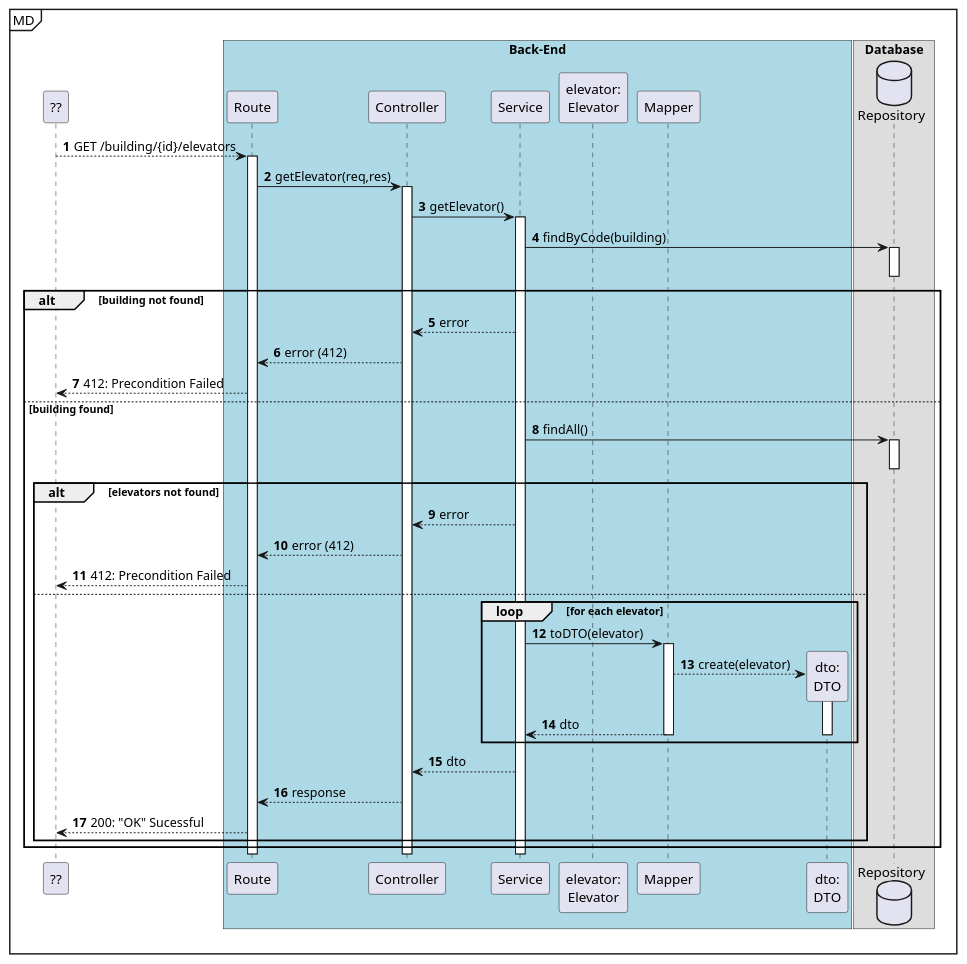
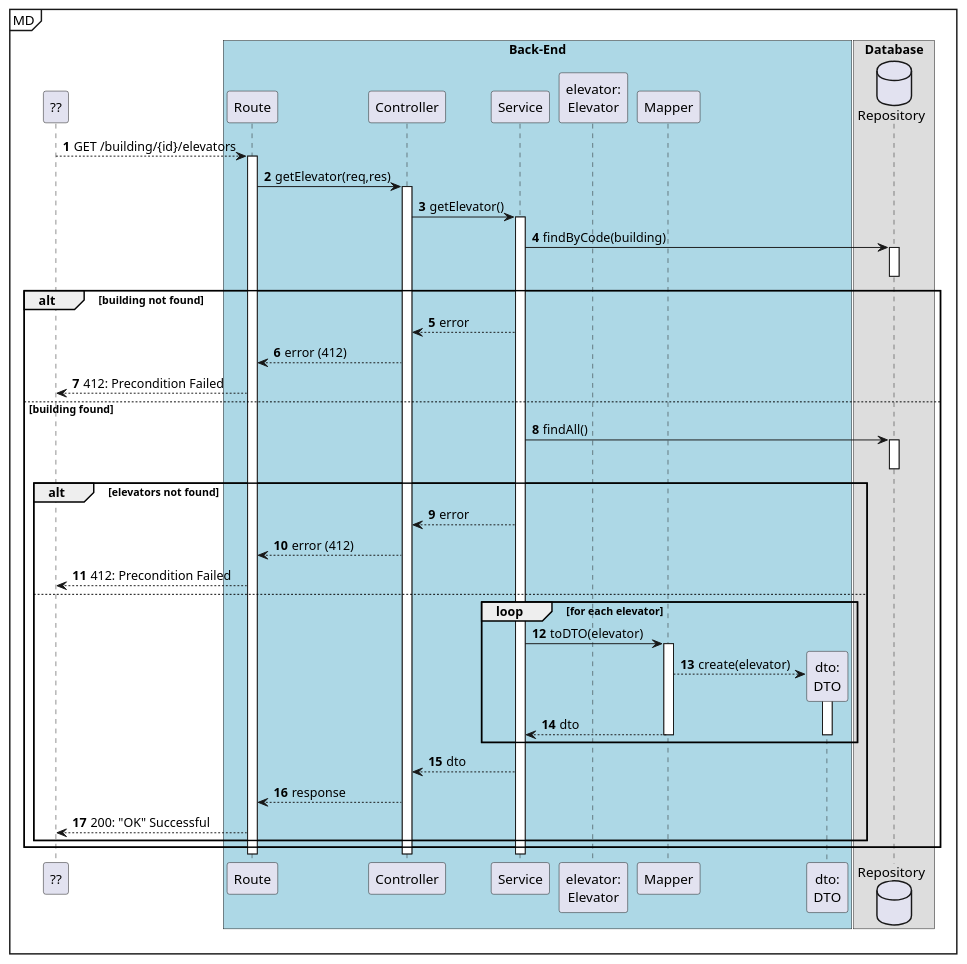
One commit to Departamento-de-Engenharia-Informatica/lapr5-23-24-g19 changed the diagram in docs/us290/level3/process-view.puml. Above: the diagram before and after it, drawn with PlantUML. The commit also changed 6 other files, not shown here.

Commit message:
docs(us280,290): lvl1,lvl2,lvl3, class diagram and view-processes updated

```diff
--- a/docs/us290/level3/process-view.puml
+++ b/docs/us290/level3/process-view.puml
@@ -1,68 +1,68 @@
 @startuml
 autonumber
 
 participant "??" as ui
 
 mainframe MD
 box "Back-End" #LightBlue
 participant "Route" as r
 participant "Controller" as ctrl
 participant "Service" as svc
 
 participant "elevator:\nElevator" as floor
 participant "Mapper" as map
 participant "dto:\nDTO" as dto
 end box
 
 box "Database"
 database "Repository" as repo
 end box
 
 ui --> r: GET /building/{id}/elevators
     activate r
         r -> ctrl : getElevator(req,res)
         activate ctrl
             ctrl -> svc : getElevator()
             activate svc
                 svc -> repo : findByCode(building)
                 activate repo
                 deactivate repo
 
                 alt building not found
                     svc --> ctrl : error
                     ctrl --> r : error (412)
                     ui<--r : 412: Precondition Failed
                 else building found
 
                     svc -> repo: findAll()
                     activate repo
                     deactivate repo
 
                     alt elevators not found
                         svc --> ctrl : error
                         ctrl --> r : error (412)
                         ui<--r : 412: Precondition Failed
 
                     else
 
                         loop for each elevator
 
                                 svc -> map : toDTO(elevator)
                             activate map
                                 map --> dto** : create(elevator)
                                 activate dto
                                     map --> svc : dto
                                 deactivate dto
                             deactivate map
                         end loop
                             svc --> ctrl : dto
                             ctrl --> r : response
-                            ui<-- r : 200: "OK" Sucessful
+                            ui<-- r : 200: "OK" Successful
 
                     end
                 end
             deactivate svc
         deactivate ctrl
     deactivate r
 
 @enduml
```
